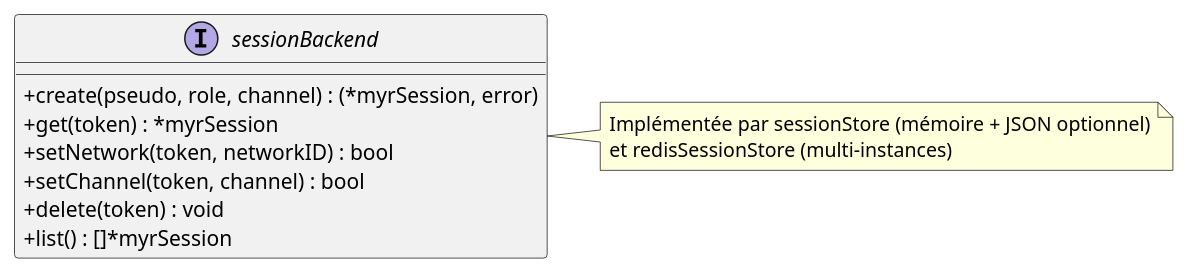
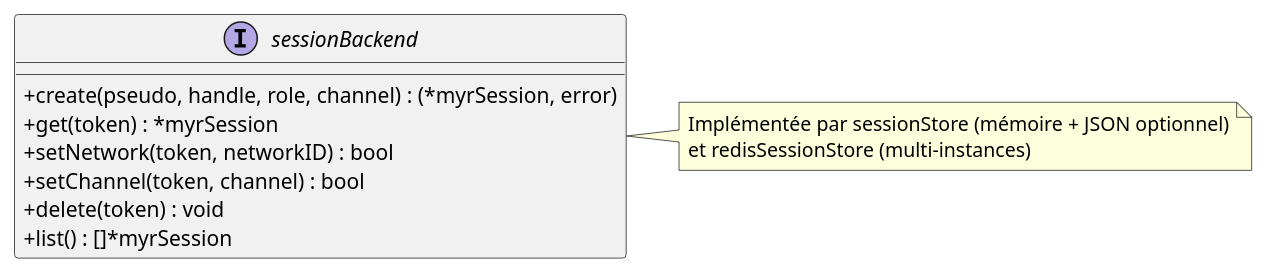
Before and after one commit to myr-forge/myr-core: the sixth of 6 diagrams in specs/3-Conception/DC_D1_Auth_Identity.md, drawn with PlantUML. The commit also changed other lines of this file and 28 other files, not shown here.

````diff
--- a/specs/3-Conception/DC_D1_Auth_Identity.md
+++ b/specs/3-Conception/DC_D1_Auth_Identity.md
@@ -319,14 +350,14 @@
 ```plantuml
 @startuml
 skinparam classAttributeIconSize 0
 interface sessionBackend {
-  + create(pseudo, role, channel) : (*myrSession, error)
+  + create(pseudo, handle, role, channel) : (*myrSession, error)
   + get(token) : *myrSession
   + setNetwork(token, networkID) : bool
   + setChannel(token, channel) : bool
   + delete(token) : void
   + list() : []*myrSession
 }
 note right : Implémentée par sessionStore (mémoire + JSON optionnel)\net redisSessionStore (multi-instances)
 @enduml
 ```
````
